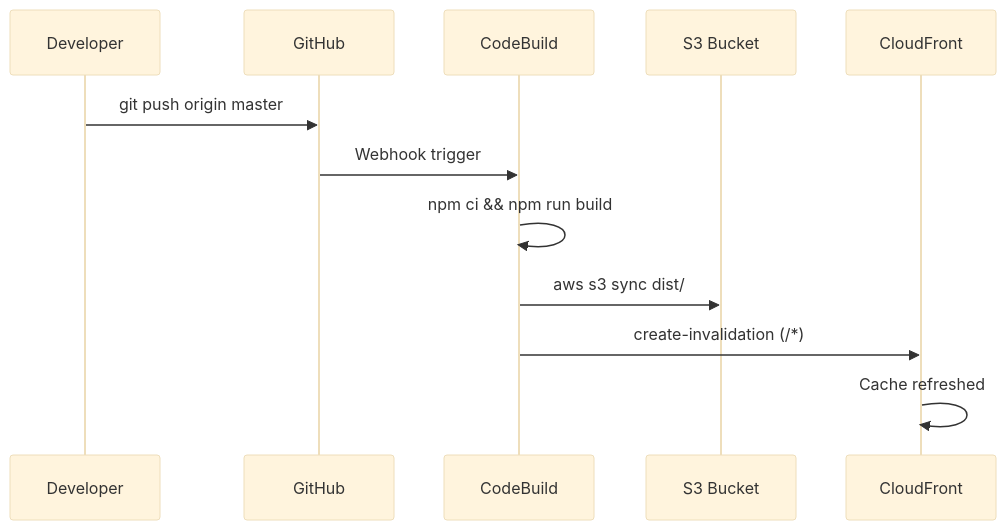
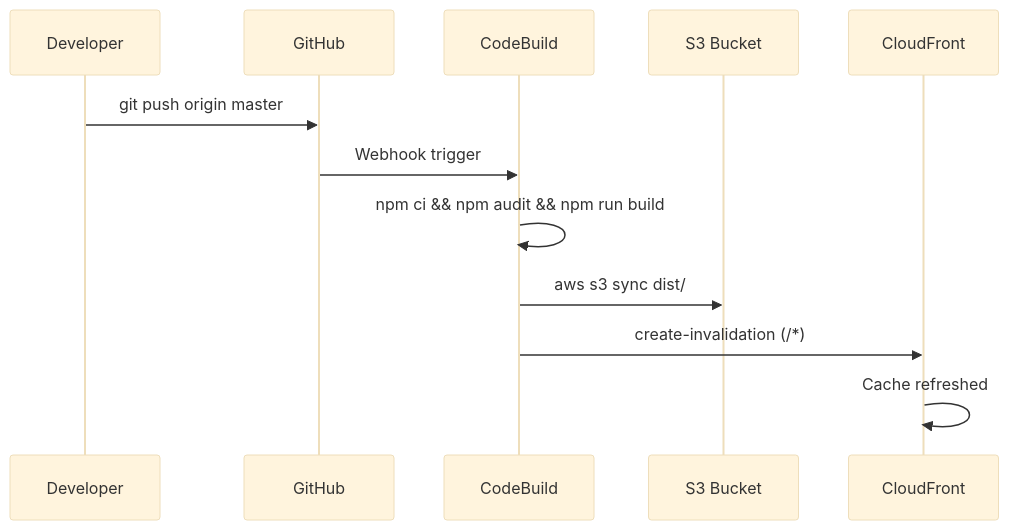
Before and after one commit to kzaky/khaledzaky.com: the third of 4 diagrams in README.md, drawn with Mermaid (base theme). The commit also changed other lines of this file and 1 other file, not shown here.

````diff
--- a/README.md
+++ b/README.md
@@ -151,15 +154,15 @@
 ```mermaid
 sequenceDiagram
     participant Dev as Developer
     participant GH as GitHub
     participant CB as CodeBuild
     participant S3 as S3 Bucket
     participant CF as CloudFront
 
     Dev->>GH: git push origin master
     GH->>CB: Webhook trigger
-    CB->>CB: npm ci && npm run build
+    CB->>CB: npm ci && npm audit && npm run build
     CB->>S3: aws s3 sync dist/
     CB->>CF: create-invalidation (/*)
     CF->>CF: Cache refreshed
 ```
````
